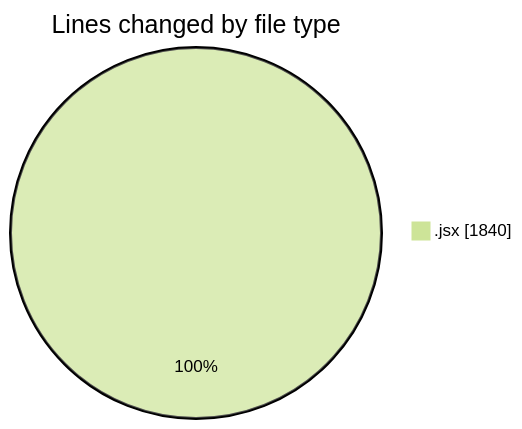
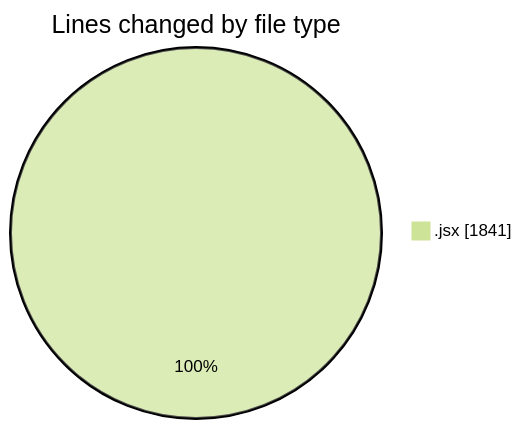
One commit to nxtqubesakshisongat/code-tracking changed the first of 2 diagrams in 2025-05-10/argos-dev/README.md. Above: the diagram before and after it, drawn with Mermaid (forest theme). The commit also changed other lines of this file and 1 other file, not shown here.

````diff
--- a/2025-05-10/argos-dev/README.md
+++ b/2025-05-10/argos-dev/README.md
@@ -21,5 +21,5 @@
 ```mermaid
 pie showData
 title Lines changed by file type
-".jsx" : 1840
+".jsx" : 1841
 ```
````
